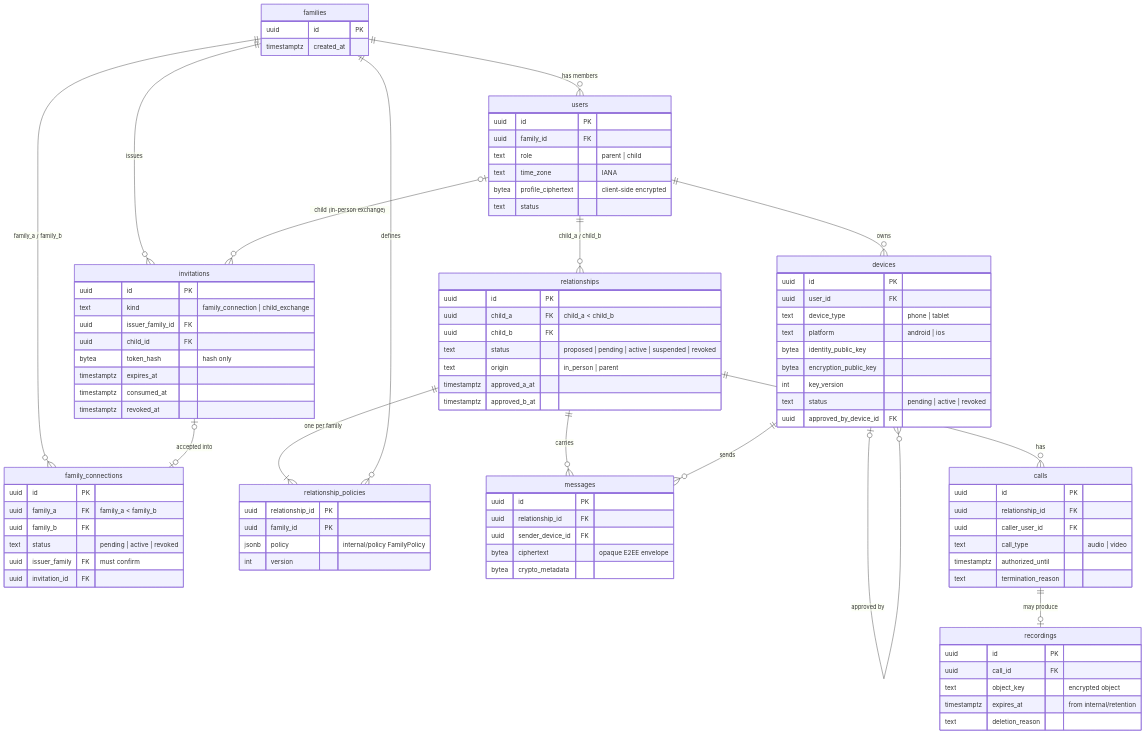
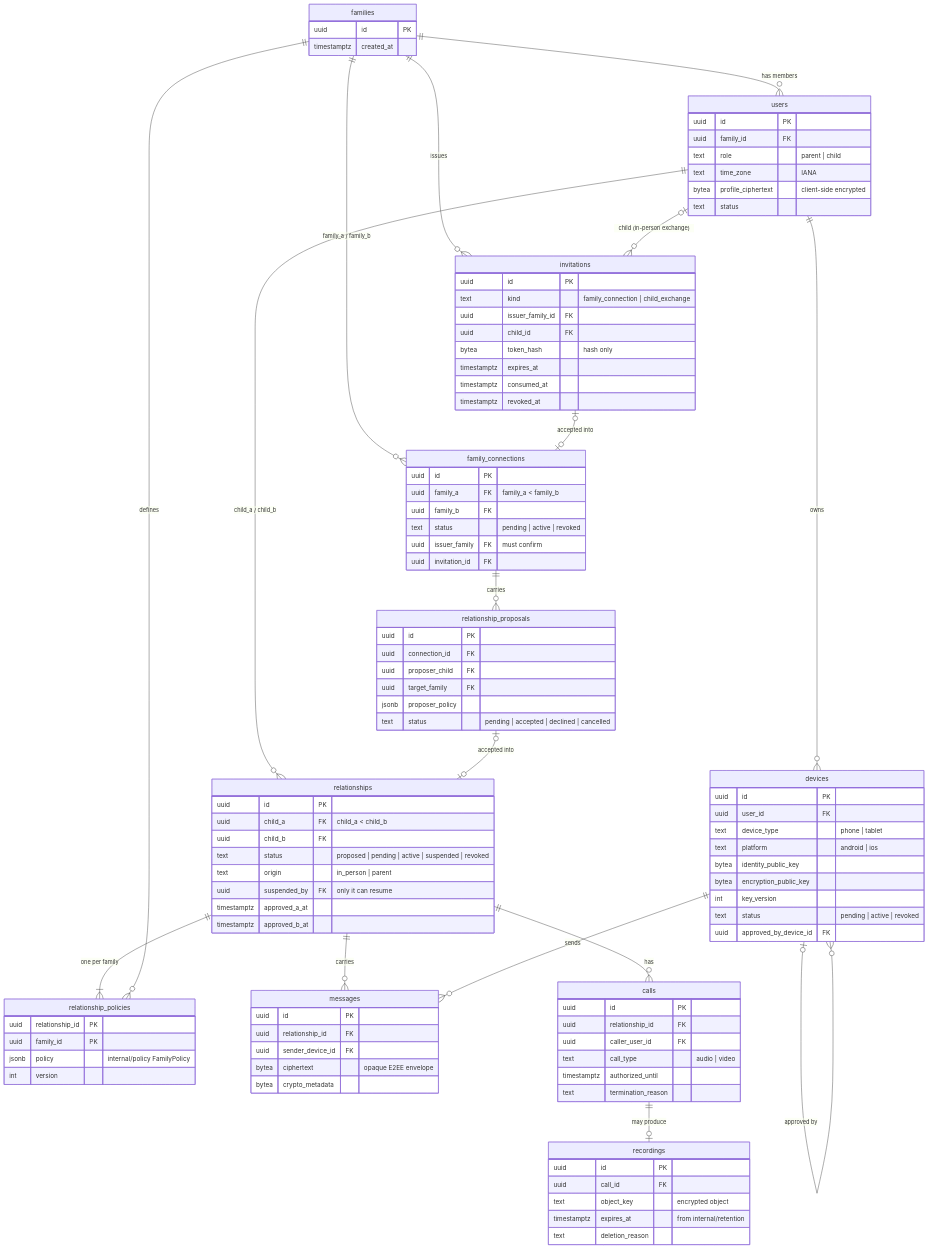
The diagram in docs/data-model.md (frbayart/tkc), drawn with Mermaid before and after one commit. The commit also changed other lines of this file and 12 other files, not shown here.

First line of the commit message:
Add child relationships: in-person exchange, parent proposals, lifecycle (closes #9)

```diff
--- a/docs/data-model.md
+++ b/docs/data-model.md
@@ -28,6 +28,8 @@
     devices ||--o{ messages : sends
     relationships ||--o{ calls : has
     calls ||--o| recordings : "may produce"
+    family_connections ||--o{ relationship_proposals : carries
+    relationship_proposals |o--o| relationships : "accepted into"
 
     families {
         uuid id PK
@@ -76,8 +78,17 @@
         uuid child_b FK
         text status "proposed | pending | active | suspended | revoked"
         text origin "in_person | parent"
+        uuid suspended_by FK "only it can resume"
         timestamptz approved_a_at
         timestamptz approved_b_at
+    }
+    relationship_proposals {
+        uuid id PK
+        uuid connection_id FK
+        uuid proposer_child FK
+        uuid target_family FK
+        jsonb proposer_policy
+        text status "pending | accepted | declined | cancelled"
     }
     relationship_policies {
         uuid relationship_id PK
```
